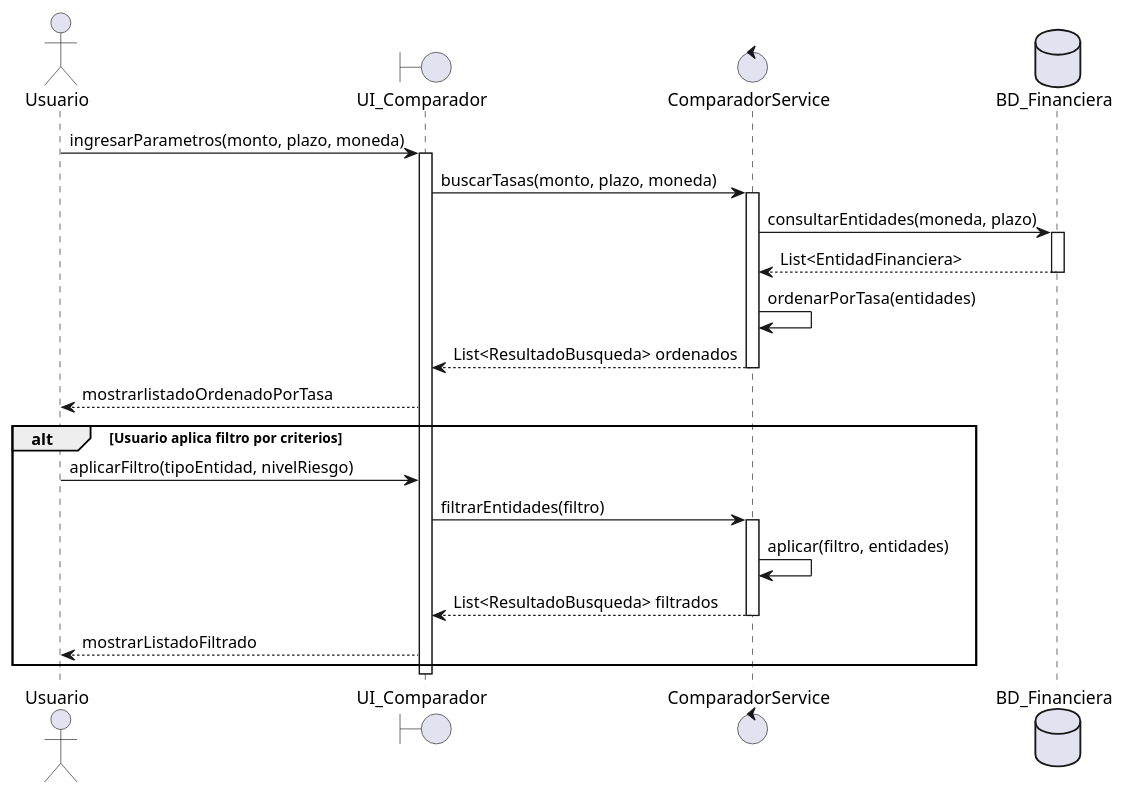
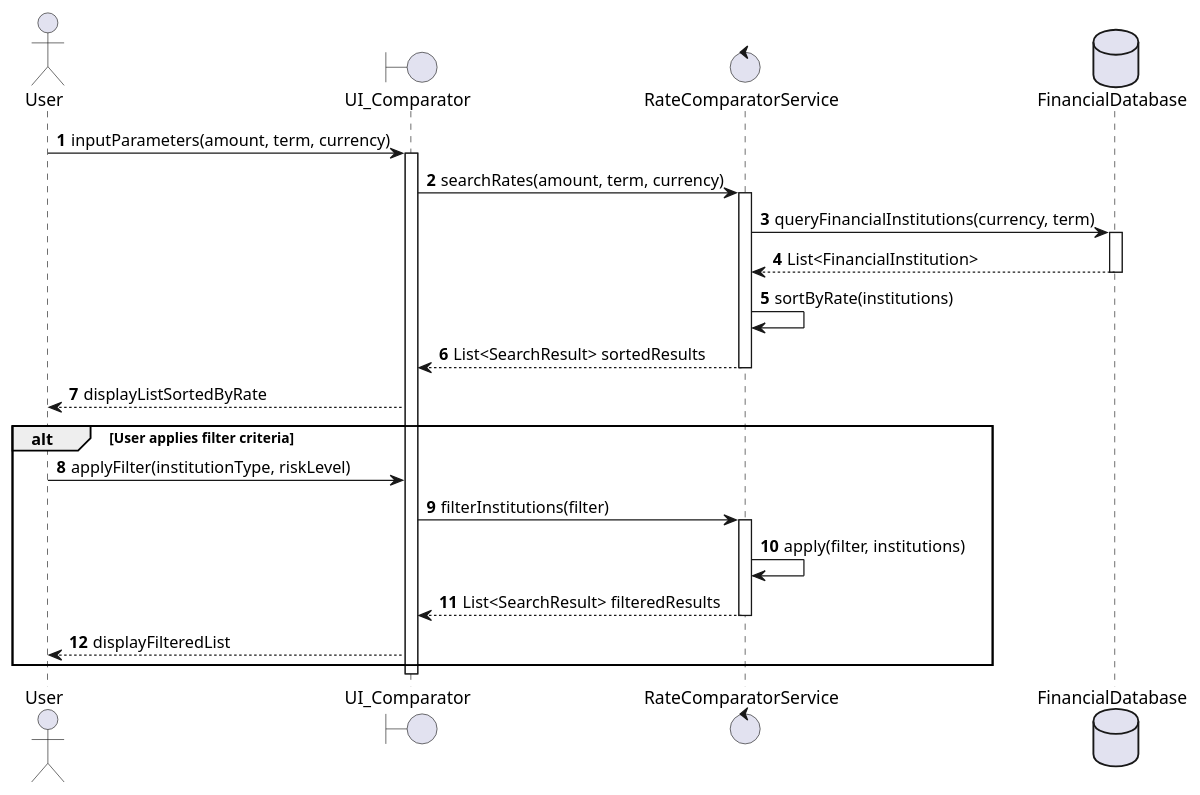
One commit to Rhoy16/yupay-finance-docs changed the diagram in 1C.puml. Above: the diagram before and after it, drawn with PlantUML. The commit also changed 21 other files, not shown here.

Commit message:
Refactor UML diagrams: translate to English and apply standard naming conventions

```diff
--- a/1C.puml
+++ b/1C.puml
@@ -1,33 +1,36 @@
 @startuml 1C
-actor Usuario
-boundary UI_Comparador
-control ComparadorService
-database BD_Financiera
+autonumber
 
-Usuario -> UI_Comparador: ingresarParametros(monto, plazo, moneda)
-activate UI_Comparador
-UI_Comparador -> ComparadorService: buscarTasas(monto, plazo, moneda)
-activate ComparadorService
+actor User as usr
+boundary UI_Comparator as ui
+control RateComparatorService as srv
+database FinancialDatabase as db
 
-ComparadorService -> BD_Financiera: consultarEntidades(moneda, plazo)
-activate BD_Financiera
-BD_Financiera --> ComparadorService: List<EntidadFinanciera>
-deactivate BD_Financiera
+usr -> ui: inputParameters(amount, term, currency)
+activate ui
+ui -> srv: searchRates(amount, term, currency)
+activate srv
 
-ComparadorService -> ComparadorService: ordenarPorTasa(entidades)
-UI_Comparador <-- ComparadorService: List<ResultadoBusqueda> ordenados
-deactivate ComparadorService
+srv -> db: queryFinancialInstitutions(currency, term)
+activate db
+db --> srv: List<FinancialInstitution>
+deactivate db
 
-Usuario <-- UI_Comparador: mostrarlistadoOrdenadoPorTasa
+srv -> srv: sortByRate(institutions)
+ui <-- srv: List<SearchResult> sortedResults
+deactivate srv
 
-alt Usuario aplica filtro por criterios
-    Usuario -> UI_Comparador: aplicarFiltro(tipoEntidad, nivelRiesgo)
-    UI_Comparador -> ComparadorService: filtrarEntidades(filtro)
-    activate ComparadorService
-    ComparadorService -> ComparadorService: aplicar(filtro, entidades)
-    UI_Comparador <-- ComparadorService: List<ResultadoBusqueda> filtrados
-    deactivate ComparadorService
-    Usuario <-- UI_Comparador: mostrarListadoFiltrado
+usr <-- ui: displayListSortedByRate
+
+alt User applies filter criteria
+    usr -> ui: applyFilter(institutionType, riskLevel)
+    ui -> srv: filterInstitutions(filter)
+    activate srv
+    srv -> srv: apply(filter, institutions)
+    ui <-- srv: List<SearchResult> filteredResults
+    deactivate srv
+    usr <-- ui: displayFilteredList
 end
-deactivate UI_Comparador
-@endum
+deactivate ui
+
+@enduml
```
